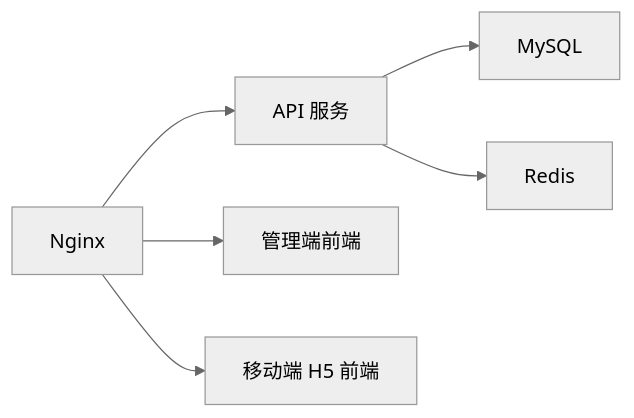
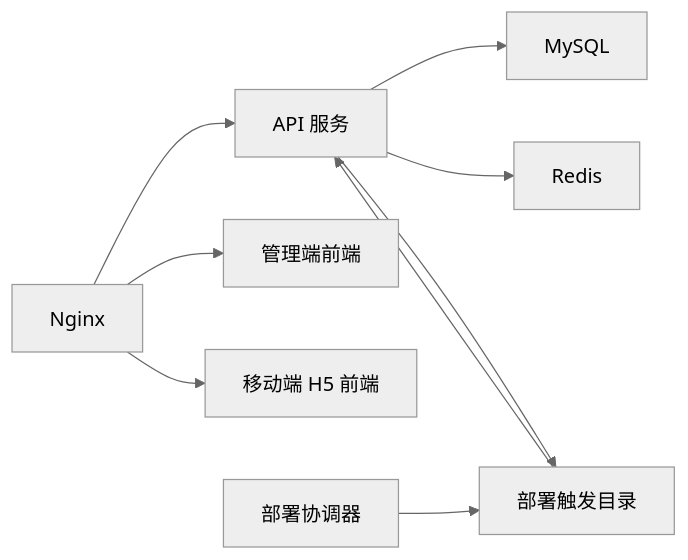
The third of 3 diagrams in .qoder/repowiki/zh/content/架构设计/部署架构.md (huoqingzhu446/fortune-hub), drawn with Mermaid (neutral theme) before and after one commit. The commit also changed other lines of this file and 6 other files, not shown here.

````diff
--- a/.qoder/repowiki/zh/content/架构设计/部署架构.md
+++ b/.qoder/repowiki/zh/content/架构设计/部署架构.md
@@ -216,8 +302,11 @@
 ```mermaid
 graph LR
 NGINX["Nginx"] --> API["API 服务"]
 NGINX --> ADMIN["管理端前端"]
 NGINX --> MOBILE["移动端 H5 前端"]
 API --> MYSQL["MySQL"]
 API --> REDIS["Redis"]
+API --> DT["部署触发目录"]
+DW["部署协调器"] --> DT
+DT --> API
 ```
````
